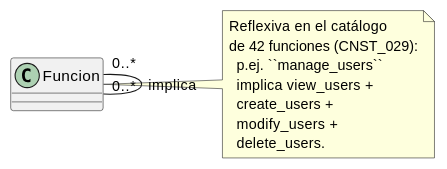
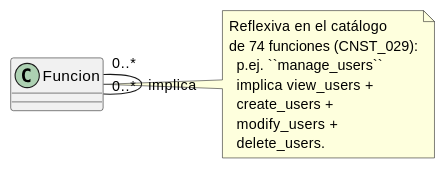
The ninth of 30 diagrams in source/requisitos/_metodologia-aplicacion/relaciones-uml.rst (jcg-admin/IACT-docs), drawn with PlantUML before and after one commit. The commit also changed other lines of this file and 48 other files, not shown here.

```diff
--- a/source/requisitos/_metodologia-aplicacion/relaciones-uml.rst
+++ b/source/requisitos/_metodologia-aplicacion/relaciones-uml.rst
@@ -1022,16 +1022,16 @@
 .. uml::
 
    @startuml
 
    class Funcion
    Funcion "0..*" -- "0..*" Funcion : implica
    note right of Funcion
      Reflexiva en el catálogo
-     de 42 funciones (CNST_029):
+     de 74 funciones (CNST_029):
        p.ej. ``manage_users``
        implica view_users +
        create_users +
        modify_users +
        delete_users.
    end note
    @enduml
```
